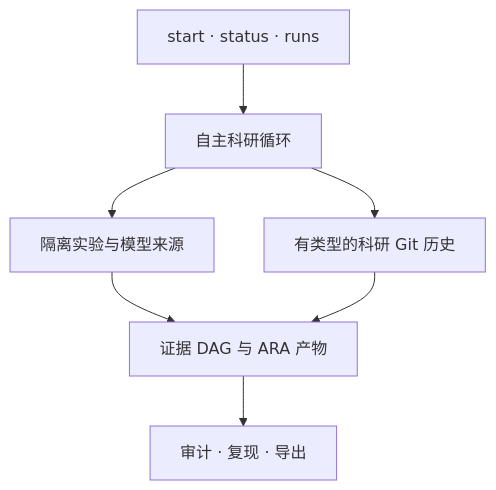
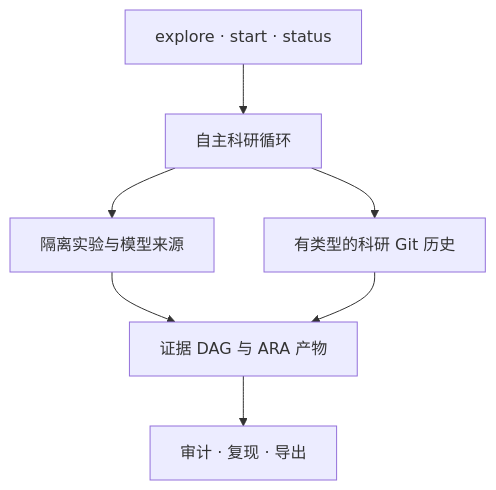
One commit to smileformylove/XScientist changed the diagram in docs/README.zh.md. Above: the diagram before and after it, drawn with Mermaid. The commit also changed other lines of this file and 15 other files, not shown here.

````diff
--- a/docs/README.zh.md
+++ b/docs/README.zh.md
@@ -214,9 +244,9 @@
 ```mermaid
 flowchart TB
-  U["start · status · runs"] --> O["自主科研循环"]
+  U["explore · start · status"] --> O["自主科研循环"]
   O --> E["隔离实验与模型来源"]
   O --> R["有类型的科研 Git 历史"]
   E --> D["证据 DAG 与 ARA 产物"]
   R --> D
   D --> A["审计 · 复现 · 导出"]
 ```
````
